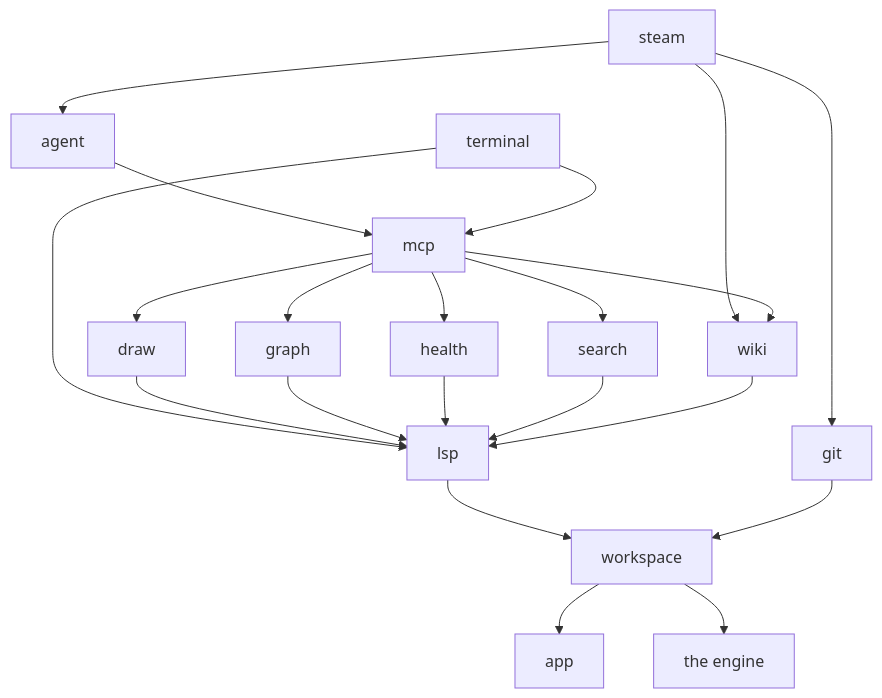
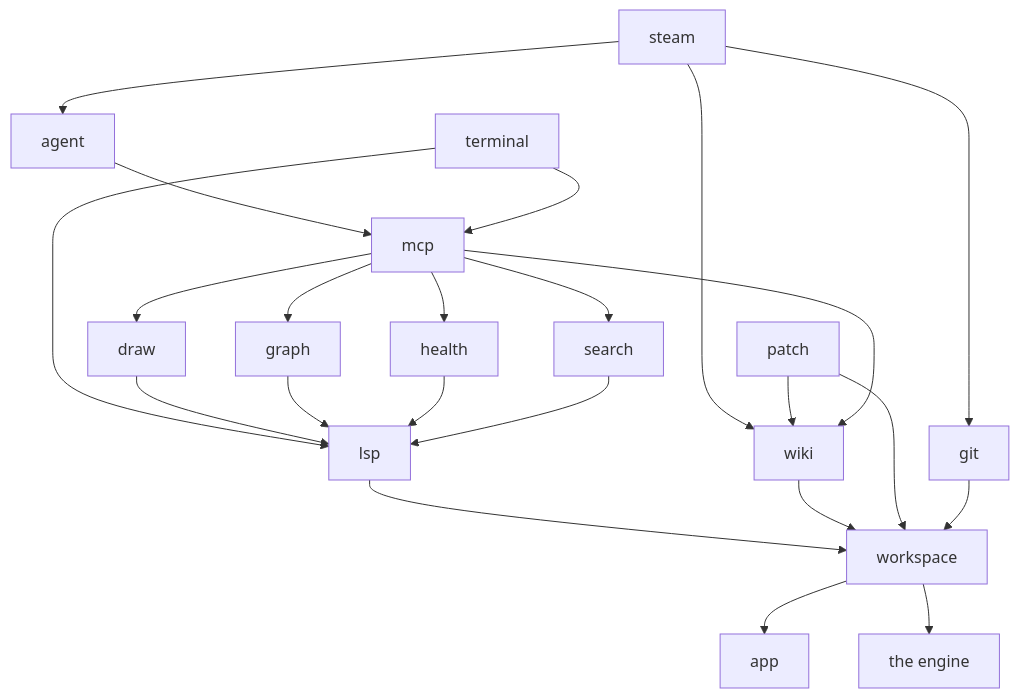
Before and after one commit to idodavis/paradox-modding-tools: the third of 7 diagrams in docs/ARCHITECTURE.md, drawn with Mermaid. The commit also changed other lines of this file and 120 other files, not shown here.

````diff
--- a/docs/ARCHITECTURE.md
+++ b/docs/ARCHITECTURE.md
@@ -100,13 +101,14 @@
 ```mermaid
 flowchart TD
   steam --> agent & git & wiki
+  patch --> wiki
   agent --> mcp
   terminal --> mcp
   mcp --> draw & eventgraph["graph"] & health & search & wiki
   terminal --> lsp
-  draw & eventgraph & health & search & wiki --> lsp
-  lsp --> workspace
+  draw & eventgraph & health & search --> lsp
+  lsp & wiki & patch --> workspace
   git --> workspace
   workspace --> app
   workspace --> engine["the engine"]
 ```
````
